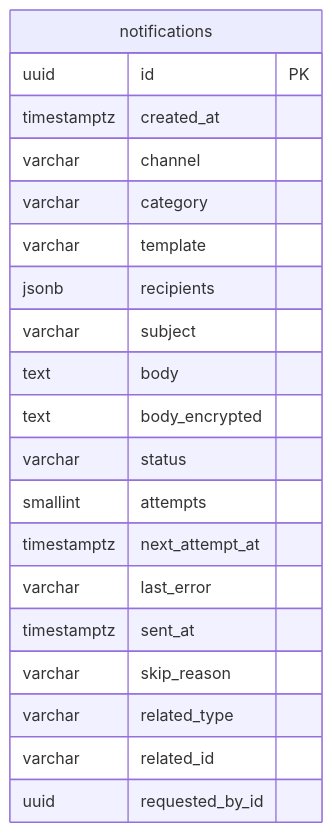
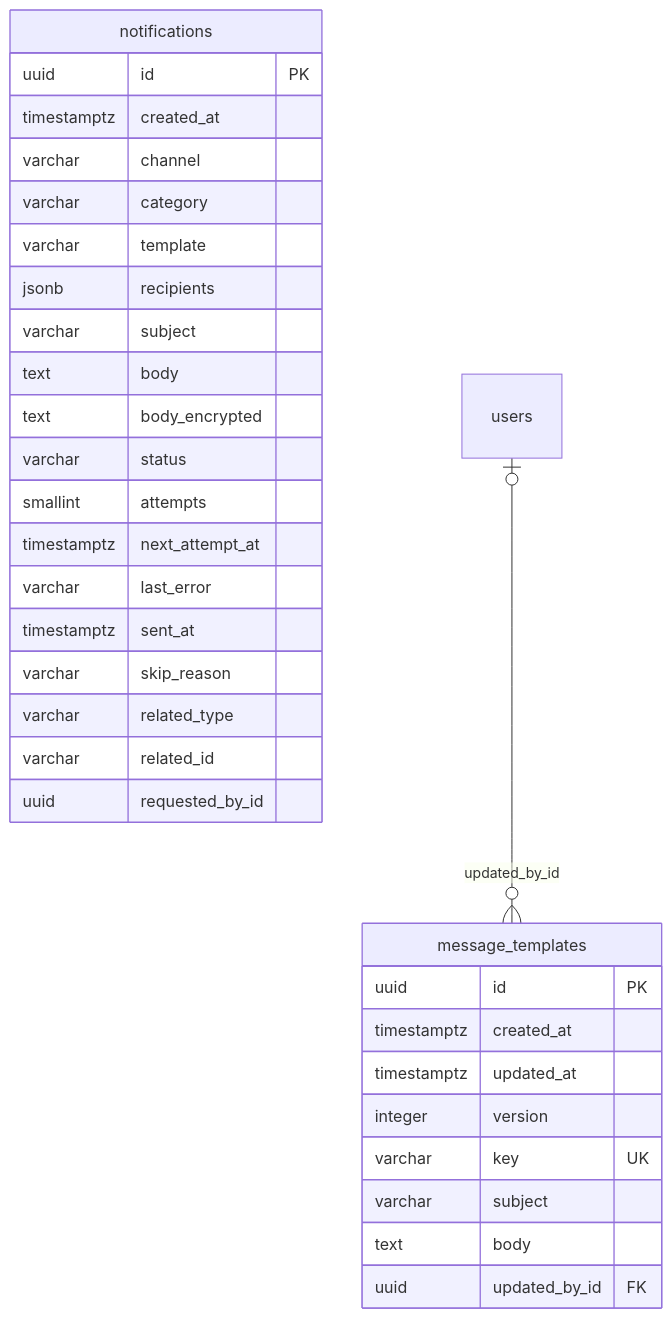
Before and after one commit to vijayant-pandey/HIMS_Advanced: diagram 14 of 17 in docs/architecture/data-architecture/erd.md, drawn with Mermaid. The commit also changed other lines of this file and 87 other files, not shown here.

````diff
--- a/docs/architecture/data-architecture/erd.md
+++ b/docs/architecture/data-architecture/erd.md
@@ -1072,23 +1153,35 @@
 ```mermaid
 erDiagram
     notifications {
         uuid id PK
         timestamptz created_at
         varchar channel
         varchar category
         varchar template
         jsonb recipients
         varchar subject
         text body
         text body_encrypted
         varchar status
         smallint attempts
         timestamptz next_attempt_at
         varchar last_error
         timestamptz sent_at
         varchar skip_reason
         varchar related_type
         varchar related_id
         uuid requested_by_id
     }
+    message_templates {
+        uuid id PK
+        timestamptz created_at
+        timestamptz updated_at
+        integer version
+        varchar key UK
+        varchar subject
+        text body
+        uuid updated_by_id FK
+    }
+    users
+    users |o--o{ message_templates : "updated_by_id"
 ```
````
